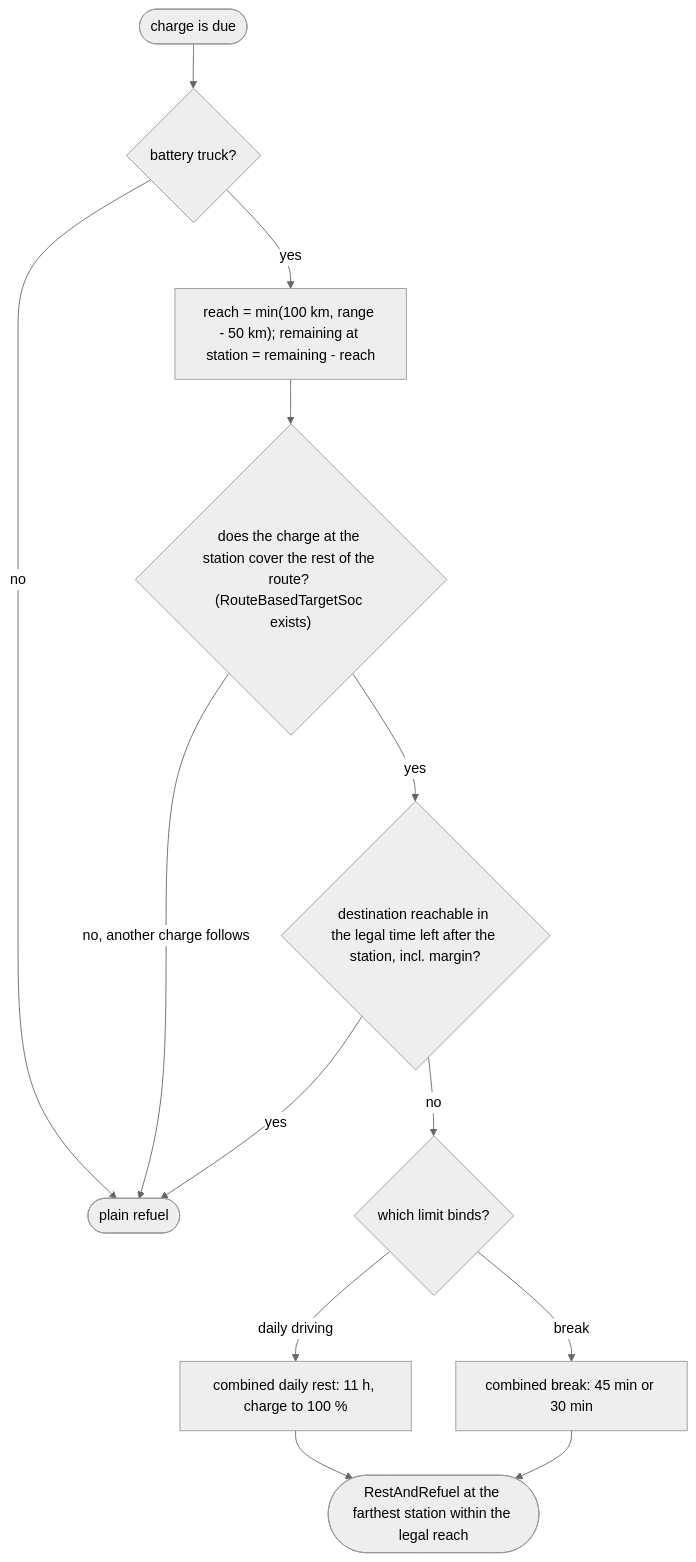
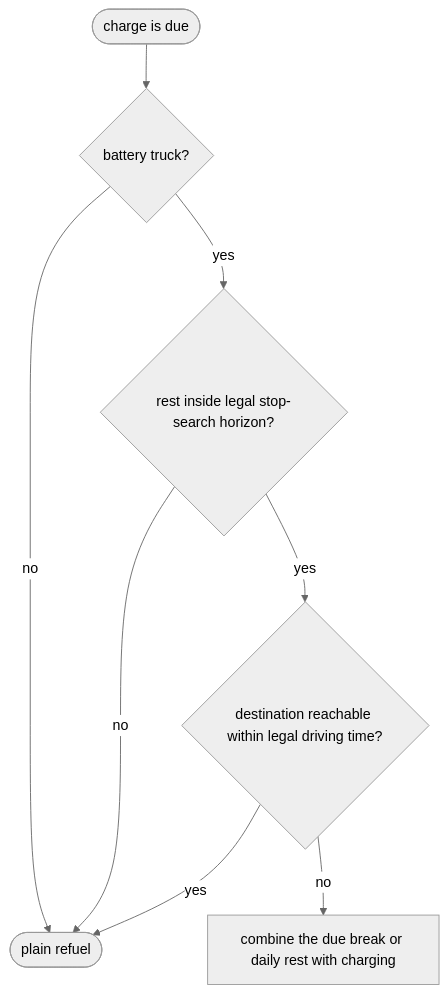
Before and after one commit to MARS-Group-HAW/model-soh: the third of 4 diagrams in SOHTruckFuelAlternativeBox/docs/driving-behaviour.md, drawn with Mermaid (neutral theme). The commit also changed other lines of this file and 1 other file, not shown here.

Commit message:
docs: describe stop routing, ranking and rest merging

````diff
--- a/SOHTruckFuelAlternativeBox/docs/driving-behaviour.md
+++ b/SOHTruckFuelAlternativeBox/docs/driving-behaviour.md
@@ -129,15 +143,10 @@
 ```mermaid
 flowchart TD
     S([charge is due]) --> B{"battery truck?"}
     B -- no --> N([plain refuel])
-    B -- yes --> P["reach = min(100 km, range - 50 km); remaining at station = remaining - reach"]
-    P --> L{"does the charge at the station cover the rest of the route? (RouteBasedTargetSoc exists)"}
-    L -- "no, another charge follows" --> N
-    L -- yes --> T{"destination reachable in the legal time left after the station, incl. margin?"}
-    T -- yes --> N
-    T -- no --> K{"which limit binds?"}
-    K -- "daily driving" --> DR["combined daily rest: 11 h, charge to 100 %"]
-    K -- break --> BR["combined break: 45 min or 30 min"]
-    DR --> C(["RestAndRefuel at the farthest station within the legal reach"])
-    BR --> C
+    B -- yes --> D{"rest inside legal stop-search horizon?"}
+    D -- no --> N
+    D -- yes --> R{"destination reachable within legal driving time?"}
+    R -- yes --> N
+    R -- no --> C["combine the due break or daily rest with charging"]
 ```
````
